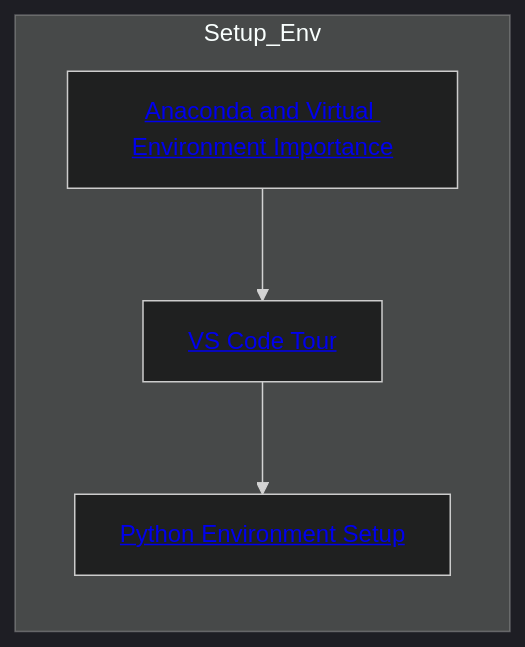
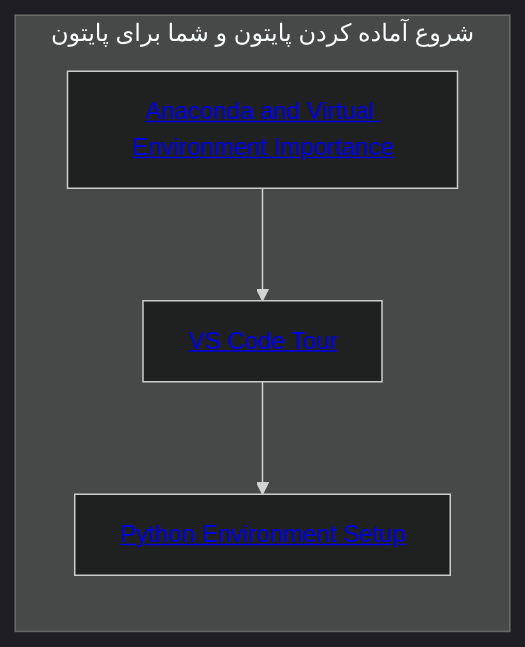
Before and after one commit to Sdamirsa/HappyTreeResearchFriends: the first of 5 diagrams in AI_in_Med_Pathway_Farsi.md, drawn with Mermaid (dark theme). The commit also changed other lines of this file, not shown here.

````diff
--- a/AI_in_Med_Pathway_Farsi.md
+++ b/AI_in_Med_Pathway_Farsi.md
@@ -5,12 +9,12 @@
 ```mermaid
 graph TD
-    subgraph Setup_Env
+    subgraph Setup_Env[شروع آماده کردن پایتون و شما برای پایتون]
         direction TB
         Anaconda[<a href="https://freelearning.anaconda.cloud/get-started-with-anaconda">Anaconda and Virtual Environment Importance</a>]
         VSCode[<a href="https://www.youtube.com/watch?v=B-s71n0dHUk">VS Code Tour</a>]
         PythonSetup[<a href="https://www.youtube.com/watch?v=qI3P7zMMsgY">Python Environment Setup</a>]
 
         Anaconda --> VSCode
         VSCode --> PythonSetup
     end
 ```
````
